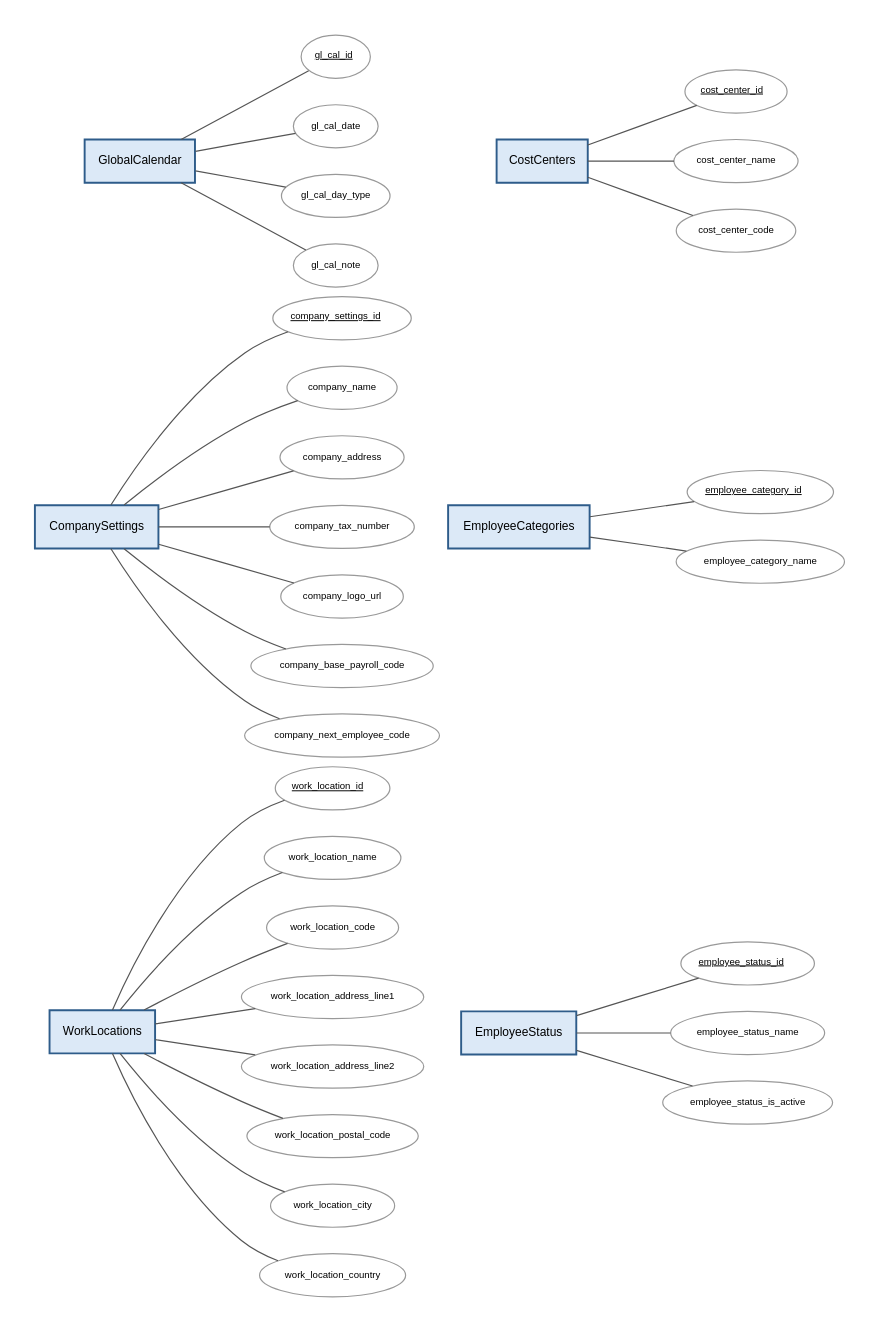
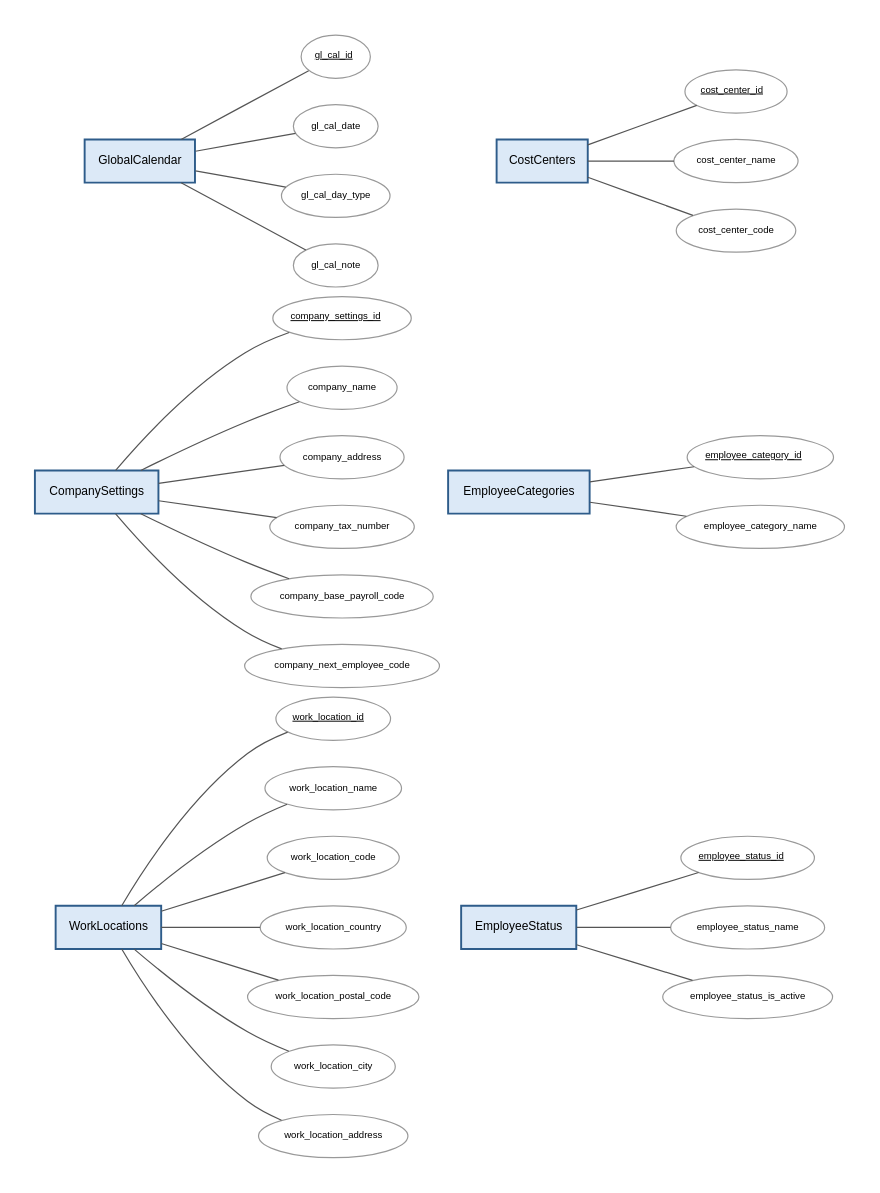
One commit to mbodigit/time_tracking_system_prototype changed the diagram in docs/diagram/er-6-onallo-torzsadat.dot. Above: the diagram before and after it, drawn with Graphviz. The commit also changed 30 other files, not shown here.

```diff
--- a/docs/diagram/er-6-onallo-torzsadat.dot
+++ b/docs/diagram/er-6-onallo-torzsadat.dot
@@ -1,70 +1,66 @@
 graph ER {
   fontname="Helvetica";
   graph [rankdir=LR, splines=spline, nodesep=0.3, ranksep=1.0, pack=true, packmode=array, bgcolor="white", pad=0.3];
   node [fontname="Helvetica", fontsize=10];
   edge [fontname="Helvetica", fontsize=9, color="#555555"];
 
   // fókuszban lévő egyedek, minden attribútummal
   "EmployeeStatus" [shape=box, style="filled,bold", fillcolor="#DCE9F7", color="#2E5C8A", penwidth=1.6];
   "EmployeeStatus__employee_status_id" [shape=ellipse, style=filled, fillcolor="white", color="#999999", fontsize=8, label=<<U>employee_status_id</U>>];
   "EmployeeStatus" -- "EmployeeStatus__employee_status_id" [len=0.8, weight=4];
   "EmployeeStatus__employee_status_name" [shape=ellipse, style=filled, fillcolor="white", color="#999999", fontsize=8, label="employee_status_name"];
   "EmployeeStatus" -- "EmployeeStatus__employee_status_name" [len=0.8, weight=4];
   "EmployeeStatus__employee_status_is_active" [shape=ellipse, style=filled, fillcolor="white", color="#999999", fontsize=8, label="employee_status_is_active"];
   "EmployeeStatus" -- "EmployeeStatus__employee_status_is_active" [len=0.8, weight=4];
   "EmployeeCategories" [shape=box, style="filled,bold", fillcolor="#DCE9F7", color="#2E5C8A", penwidth=1.6];
   "EmployeeCategories__employee_category_id" [shape=ellipse, style=filled, fillcolor="white", color="#999999", fontsize=8, label=<<U>employee_category_id</U>>];
   "EmployeeCategories" -- "EmployeeCategories__employee_category_id" [len=0.8, weight=4];
   "EmployeeCategories__employee_category_name" [shape=ellipse, style=filled, fillcolor="white", color="#999999", fontsize=8, label="employee_category_name"];
   "EmployeeCategories" -- "EmployeeCategories__employee_category_name" [len=0.8, weight=4];
   "CostCenters" [shape=box, style="filled,bold", fillcolor="#DCE9F7", color="#2E5C8A", penwidth=1.6];
   "CostCenters__cost_center_id" [shape=ellipse, style=filled, fillcolor="white", color="#999999", fontsize=8, label=<<U>cost_center_id</U>>];
   "CostCenters" -- "CostCenters__cost_center_id" [len=0.8, weight=4];
   "CostCenters__cost_center_name" [shape=ellipse, style=filled, fillcolor="white", color="#999999", fontsize=8, label="cost_center_name"];
   "CostCenters" -- "CostCenters__cost_center_name" [len=0.8, weight=4];
   "CostCenters__cost_center_code" [shape=ellipse, style=filled, fillcolor="white", color="#999999", fontsize=8, label="cost_center_code"];
   "CostCenters" -- "CostCenters__cost_center_code" [len=0.8, weight=4];
   "WorkLocations" [shape=box, style="filled,bold", fillcolor="#DCE9F7", color="#2E5C8A", penwidth=1.6];
   "WorkLocations__work_location_id" [shape=ellipse, style=filled, fillcolor="white", color="#999999", fontsize=8, label=<<U>work_location_id</U>>];
   "WorkLocations" -- "WorkLocations__work_location_id" [len=0.8, weight=4];
   "WorkLocations__work_location_name" [shape=ellipse, style=filled, fillcolor="white", color="#999999", fontsize=8, label="work_location_name"];
   "WorkLocations" -- "WorkLocations__work_location_name" [len=0.8, weight=4];
   "WorkLocations__work_location_code" [shape=ellipse, style=filled, fillcolor="white", color="#999999", fontsize=8, label="work_location_code"];
   "WorkLocations" -- "WorkLocations__work_location_code" [len=0.8, weight=4];
-  "WorkLocations__work_location_address_line1" [shape=ellipse, style=filled, fillcolor="white", color="#999999", fontsize=8, label="work_location_address_line1"];
-  "WorkLocations" -- "WorkLocations__work_location_address_line1" [len=0.8, weight=4];
-  "WorkLocations__work_location_address_line2" [shape=ellipse, style=filled, fillcolor="white", color="#999999", fontsize=8, label="work_location_address_line2"];
-  "WorkLocations" -- "WorkLocations__work_location_address_line2" [len=0.8, weight=4];
+  "WorkLocations__work_location_country" [shape=ellipse, style=filled, fillcolor="white", color="#999999", fontsize=8, label="work_location_country"];
+  "WorkLocations" -- "WorkLocations__work_location_country" [len=0.8, weight=4];
   "WorkLocations__work_location_postal_code" [shape=ellipse, style=filled, fillcolor="white", color="#999999", fontsize=8, label="work_location_postal_code"];
   "WorkLocations" -- "WorkLocations__work_location_postal_code" [len=0.8, weight=4];
   "WorkLocations__work_location_city" [shape=ellipse, style=filled, fillcolor="white", color="#999999", fontsize=8, label="work_location_city"];
   "WorkLocations" -- "WorkLocations__work_location_city" [len=0.8, weight=4];
-  "WorkLocations__work_location_country" [shape=ellipse, style=filled, fillcolor="white", color="#999999", fontsize=8, label="work_location_country"];
-  "WorkLocations" -- "WorkLocations__work_location_country" [len=0.8, weight=4];
+  "WorkLocations__work_location_address" [shape=ellipse, style=filled, fillcolor="white", color="#999999", fontsize=8, label="work_location_address"];
+  "WorkLocations" -- "WorkLocations__work_location_address" [len=0.8, weight=4];
   "GlobalCalendar" [shape=box, style="filled,bold", fillcolor="#DCE9F7", color="#2E5C8A", penwidth=1.6];
   "GlobalCalendar__gl_cal_id" [shape=ellipse, style=filled, fillcolor="white", color="#999999", fontsize=8, label=<<U>gl_cal_id</U>>];
   "GlobalCalendar" -- "GlobalCalendar__gl_cal_id" [len=0.8, weight=4];
   "GlobalCalendar__gl_cal_date" [shape=ellipse, style=filled, fillcolor="white", color="#999999", fontsize=8, label="gl_cal_date"];
   "GlobalCalendar" -- "GlobalCalendar__gl_cal_date" [len=0.8, weight=4];
   "GlobalCalendar__gl_cal_day_type" [shape=ellipse, style=filled, fillcolor="white", color="#999999", fontsize=8, label="gl_cal_day_type"];
   "GlobalCalendar" -- "GlobalCalendar__gl_cal_day_type" [len=0.8, weight=4];
   "GlobalCalendar__gl_cal_note" [shape=ellipse, style=filled, fillcolor="white", color="#999999", fontsize=8, label="gl_cal_note"];
   "GlobalCalendar" -- "GlobalCalendar__gl_cal_note" [len=0.8, weight=4];
   "CompanySettings" [shape=box, style="filled,bold", fillcolor="#DCE9F7", color="#2E5C8A", penwidth=1.6];
   "CompanySettings__company_settings_id" [shape=ellipse, style=filled, fillcolor="white", color="#999999", fontsize=8, label=<<U>company_settings_id</U>>];
   "CompanySettings" -- "CompanySettings__company_settings_id" [len=0.8, weight=4];
   "CompanySettings__company_name" [shape=ellipse, style=filled, fillcolor="white", color="#999999", fontsize=8, label="company_name"];
   "CompanySettings" -- "CompanySettings__company_name" [len=0.8, weight=4];
   "CompanySettings__company_address" [shape=ellipse, style=filled, fillcolor="white", color="#999999", fontsize=8, label="company_address"];
   "CompanySettings" -- "CompanySettings__company_address" [len=0.8, weight=4];
   "CompanySettings__company_tax_number" [shape=ellipse, style=filled, fillcolor="white", color="#999999", fontsize=8, label="company_tax_number"];
   "CompanySettings" -- "CompanySettings__company_tax_number" [len=0.8, weight=4];
-  "CompanySettings__company_logo_url" [shape=ellipse, style=filled, fillcolor="white", color="#999999", fontsize=8, label="company_logo_url"];
-  "CompanySettings" -- "CompanySettings__company_logo_url" [len=0.8, weight=4];
   "CompanySettings__company_base_payroll_code" [shape=ellipse, style=filled, fillcolor="white", color="#999999", fontsize=8, label="company_base_payroll_code"];
   "CompanySettings" -- "CompanySettings__company_base_payroll_code" [len=0.8, weight=4];
   "CompanySettings__company_next_employee_code" [shape=ellipse, style=filled, fillcolor="white", color="#999999", fontsize=8, label="company_next_employee_code"];
   "CompanySettings" -- "CompanySettings__company_next_employee_code" [len=0.8, weight=4];
 
   // kapcsolatok
 }
```
